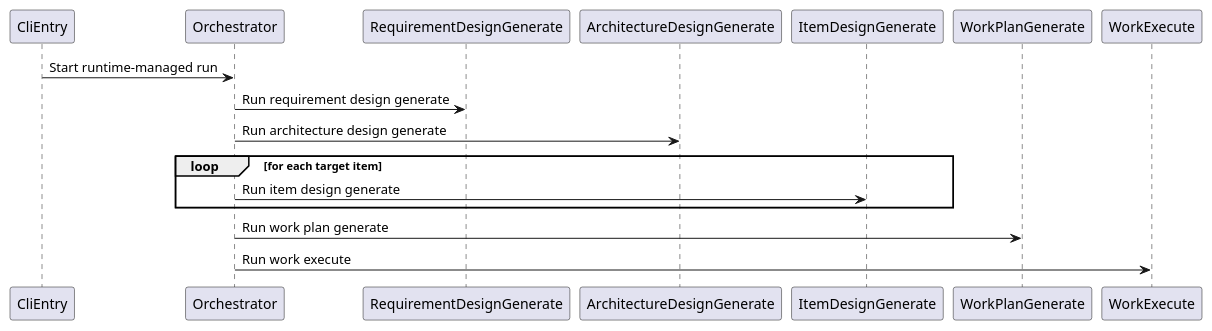
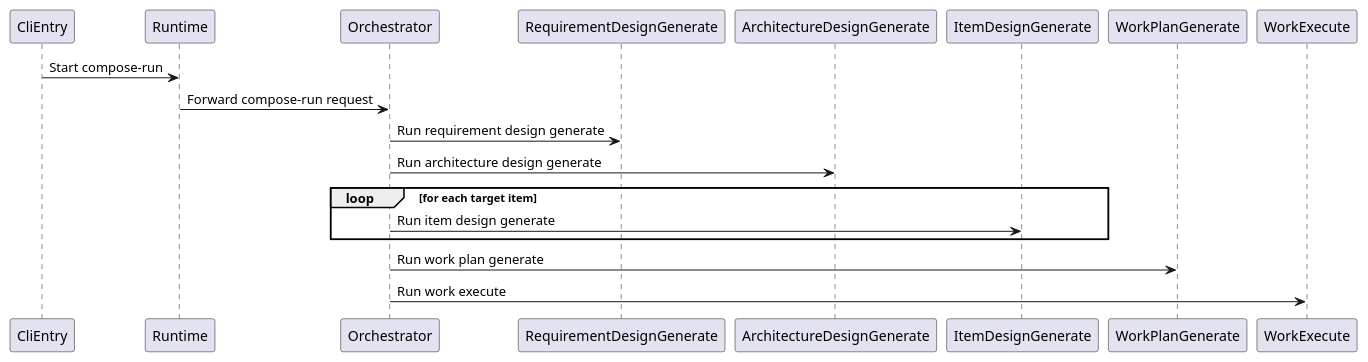
Before and after one commit to lucky-chen/ai_workflow_travel: the third of 8 diagrams in project_layer/docs/TechnicalArchitecture.md, drawn with PlantUML. The commit also changed other lines of this file and 16 other files, not shown here.

````diff
--- a/project_layer/docs/TechnicalArchitecture.md
+++ b/project_layer/docs/TechnicalArchitecture.md
@@ -846,19 +864,21 @@
 ```plantuml
 @startuml
 participant CliEntry
+participant Runtime
 participant Orchestrator
 participant RequirementDesignGenerate
 participant ArchitectureDesignGenerate
 participant ItemDesignGenerate
 participant WorkPlanGenerate
 participant WorkExecute
-CliEntry -> Orchestrator: Start runtime-managed run
+CliEntry -> Runtime: Start compose-run
+Runtime -> Orchestrator: Forward compose-run request
 Orchestrator -> RequirementDesignGenerate: Run requirement design generate
 Orchestrator -> ArchitectureDesignGenerate: Run architecture design generate
 loop for each target item
   Orchestrator -> ItemDesignGenerate: Run item design generate
 end
 Orchestrator -> WorkPlanGenerate: Run work plan generate
 Orchestrator -> WorkExecute: Run work execute
 @enduml
 ```
````
